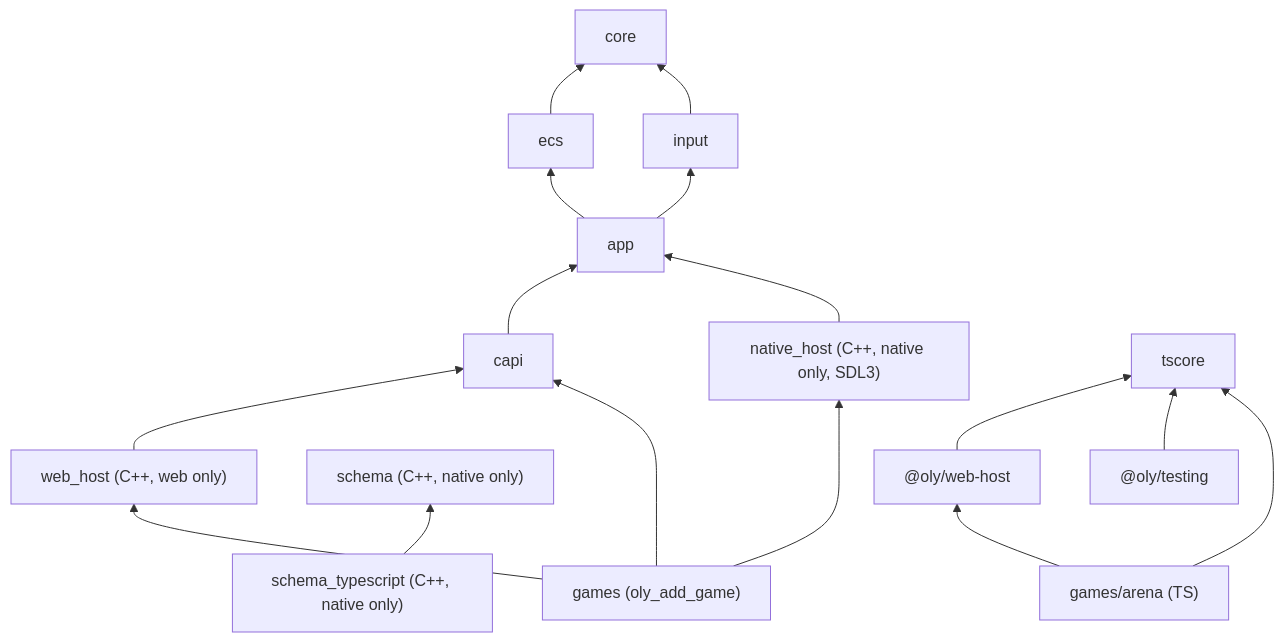
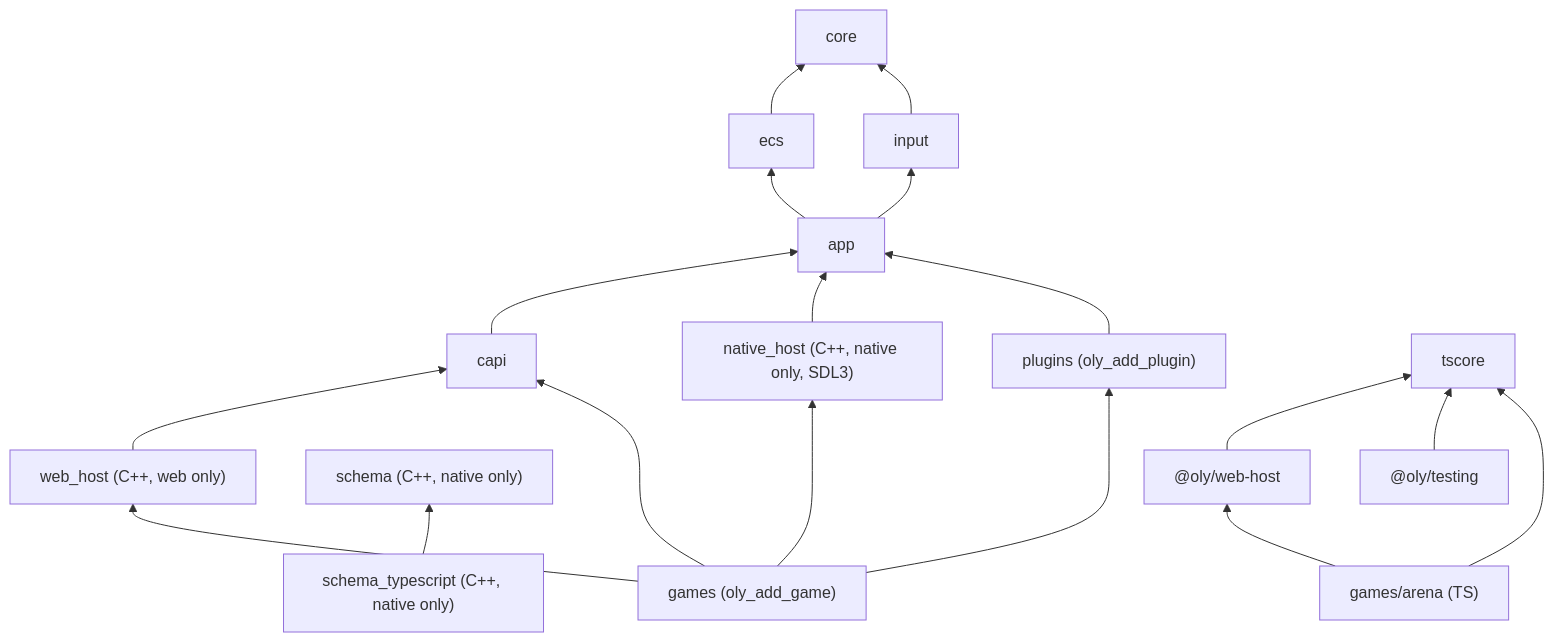
Before and after one commit to esliph/oly: the diagram in docs/architecture/modules-and-boundaries.md, drawn with Mermaid. The commit also changed other lines of this file and 23 other files, not shown here.

````diff
--- a/docs/architecture/modules-and-boundaries.md
+++ b/docs/architecture/modules-and-boundaries.md
@@ -5,18 +5,20 @@
 ```mermaid
 graph BT
   ecs --> core
   input --> core
   app --> ecs
   app --> input
   capi --> app
   webHost_native["web_host (C++, web only)"] --> capi
   nativeHost["native_host (C++, native only, SDL3)"] --> app
+  plugins["plugins (oly_add_plugin)"] --> app
   games["games (oly_add_game)"] --> capi
   games --> webHost_native
   games --> nativeHost
+  games --> plugins
   schema_typescript["schema_typescript (C++, native only)"] --> schema["schema (C++, native only)"]
   webHost["@oly/web-host"] --> tscore
   testing["@oly/testing"] --> tscore
   arena["games/arena (TS)"] --> tscore
   arena --> webHost
 ```
````
